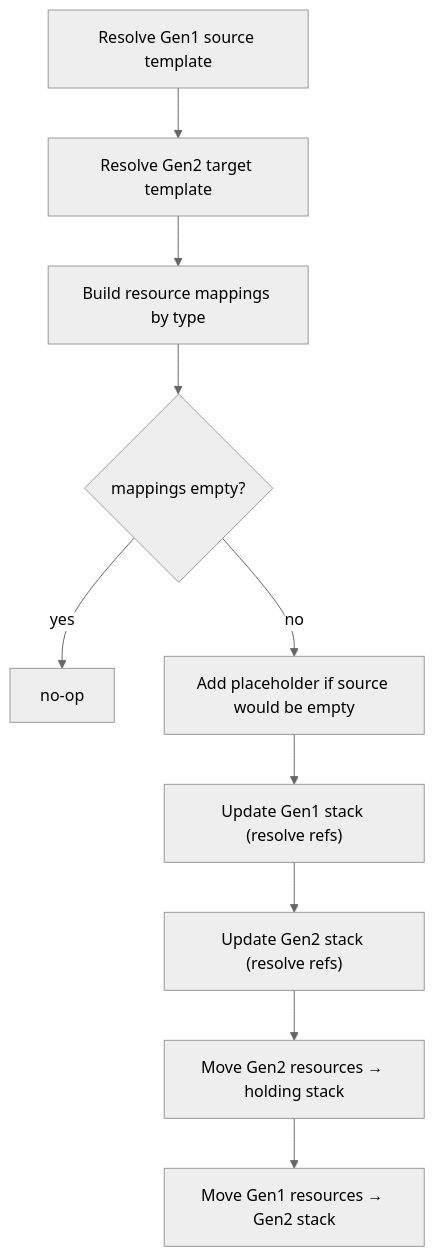
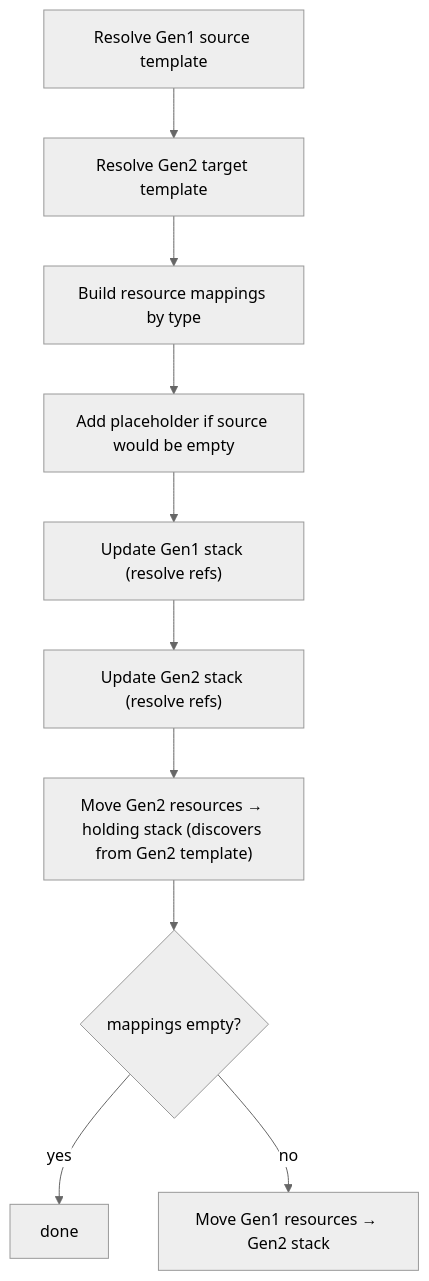
The first of 2 diagrams in docs/packages/amplify-cli/src/commands/gen2-migration/refactor.md (aws-amplify/amplify-cli), drawn with Mermaid (neutral theme) before and after one commit. The commit also changed other lines of this file, not shown here.

First line of the commit message:
docs(cli-internal): update refactor.md for beforeMove/afterMove changes

````diff
--- a/docs/packages/amplify-cli/src/commands/gen2-migration/refactor.md
+++ b/docs/packages/amplify-cli/src/commands/gen2-migration/refactor.md
@@ -47,12 +47,12 @@
 ```mermaid
 flowchart TD
     A[Resolve Gen1 source template] --> B[Resolve Gen2 target template]
     B --> C[Build resource mappings by type]
-    C --> D{mappings empty?}
-    D -- yes --> E[no-op]
-    D -- no --> F[Add placeholder if source would be empty]
-    F --> G["Update Gen1 stack (resolve refs)"]
-    G --> H["Update Gen2 stack (resolve refs)"]
-    H --> I[Move Gen2 resources → holding stack]
-    I --> J[Move Gen1 resources → Gen2 stack]
+    C --> D[Add placeholder if source would be empty]
+    D --> E["Update Gen1 stack (resolve refs)"]
+    E --> F["Update Gen2 stack (resolve refs)"]
+    F --> G["Move Gen2 resources → holding stack (discovers from Gen2 template)"]
+    G --> H{mappings empty?}
+    H -- yes --> I[done]
+    H -- no --> J[Move Gen1 resources → Gen2 stack]
 ```
````
